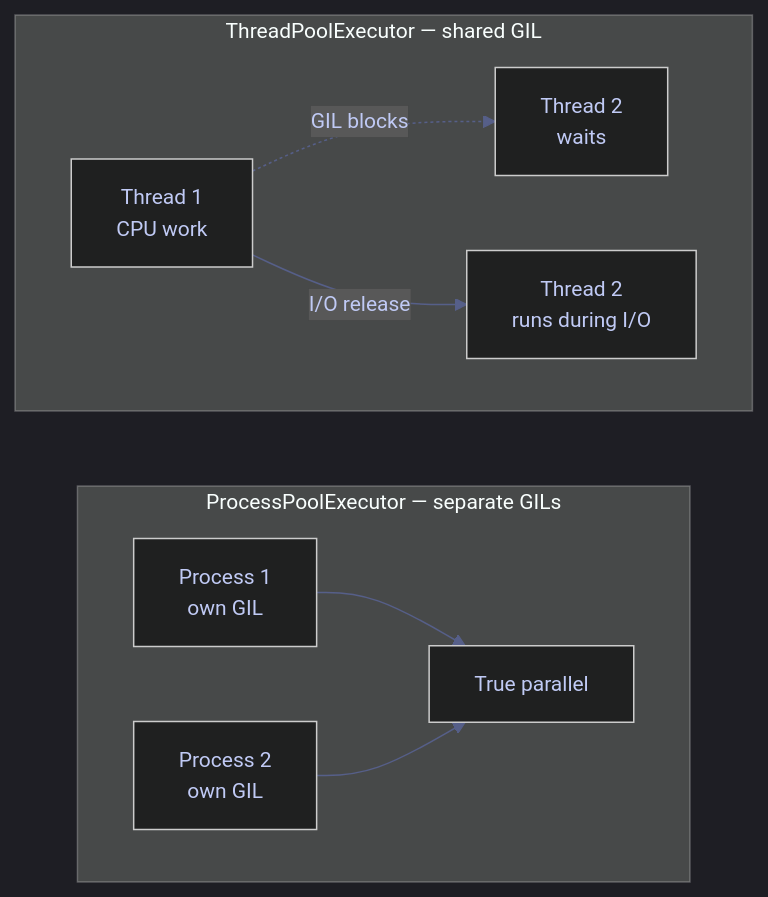
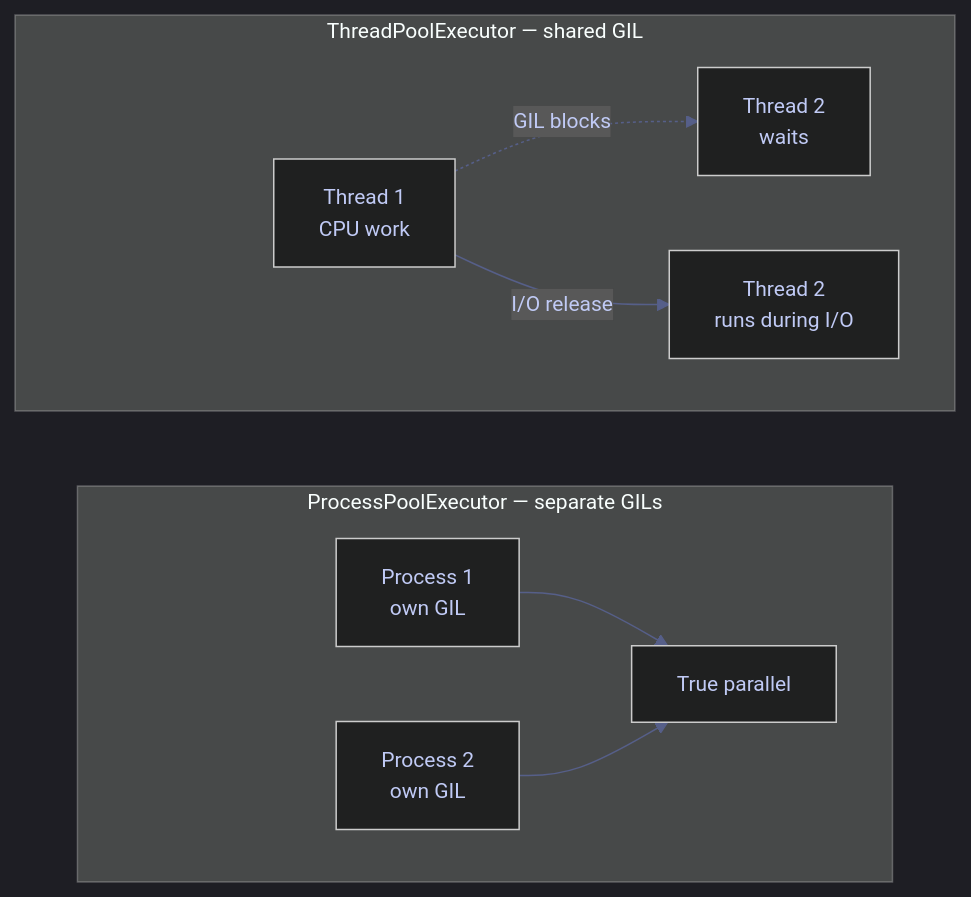
Before and after one commit to alp78/elysium: the first of 2 diagrams in content/02-Programming-Languages/01-Python/12-py-asyncconcurrency.md, drawn with Mermaid. The commit also changed 216 other files, not shown here.

````diff
--- a/content/02-Programming-Languages/01-Python/12-py-asyncconcurrency.md
+++ b/content/02-Programming-Languages/01-Python/12-py-asyncconcurrency.md
@@ -789,24 +789,31 @@
 ```mermaid
 %%{init: {'theme': 'dark', 'themeVariables': {
   'primaryColor': '#292e42',
   'primaryTextColor': '#c0caf5',
   'primaryBorderColor': '#565f89',
   'lineColor': '#565f89',
   'secondaryColor': '#1a1b26',
   'tertiaryColor': '#24283b',
   'noteTextColor': '#c0caf5',
   'noteBkgColor': '#292e42',
   'textColor': '#c0caf5',
   'fontSize': '14px'
 }}}%%
 flowchart TD
     subgraph Threads["ThreadPoolExecutor — shared GIL"]
+        TPAD[" "]
         T1["Thread 1<br/>CPU work"] -.->|"GIL blocks"| T2["Thread 2<br/>waits"]
         T1 -->|"I/O release"| T2b["Thread 2<br/>runs during I/O"]
+        TPAD ~~~ T1
     end
     subgraph Processes["ProcessPoolExecutor — separate GILs"]
+        PPAD[" "]
         P1["Process 1<br/>own GIL"] --> R1["True parallel"]
         P2["Process 2<br/>own GIL"] --> R1
+        PPAD ~~~ P1
+        PPAD ~~~ P2
     end
     Threads ~~~ Processes
+    style TPAD fill:transparent,stroke:transparent,color:transparent
+    style PPAD fill:transparent,stroke:transparent,color:transparent
 ```
````
